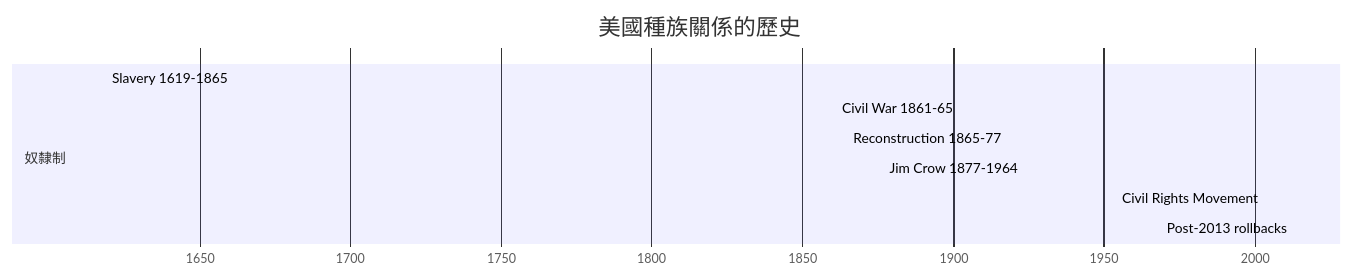
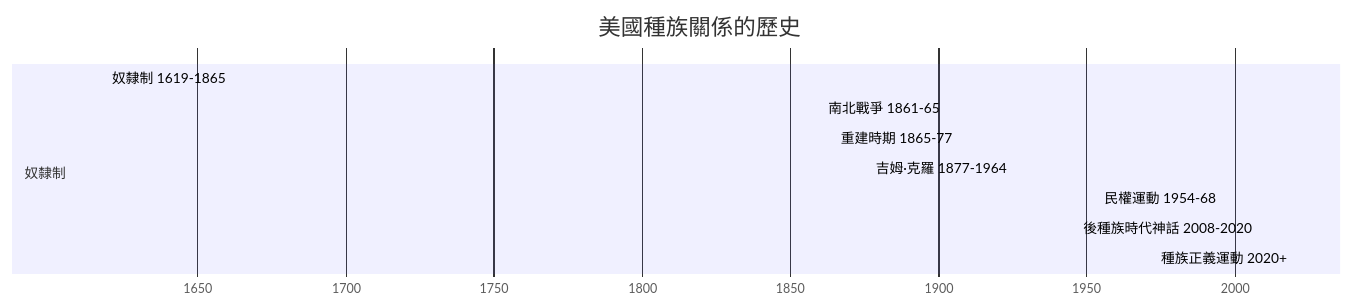
The fourth of 5 diagrams in 01_HKU_Courses/HIST1025_Introduction_to_the_United_States.md (yip-lgtm/HKU-Harvard-History-Self-Study), drawn with Mermaid before and after one commit. The commit also changed other lines of this file and 22 other files, not shown here.

````diff
--- a/01_HKU_Courses/HIST1025_Introduction_to_the_United_States.md
+++ b/01_HKU_Courses/HIST1025_Introduction_to_the_United_States.md
@@ -112,14 +396,15 @@
 ```mermaid
 gantt
     title 美國種族關係的歷史
     dateFormat YYYY
     axisFormat %Y
     
     section 奴隸制
-    Slavery 1619-1865         :active1, 1619, 246年
-    Civil War 1861-65          :active2, 1861, 4年
-    Reconstruction 1865-77     :active3, 1865, 12年
-    Jim Crow 1877-1964         :active4, 1877, 87年
-    Civil Rights Movement      :active5, 1954, 14年
-    Post-2013 rollbacks        :active6, 2013, 12年
+    奴隸制 1619-1865         :active1, 1619, 246年
+    南北戰爭 1861-65          :active2, 1861, 4年
+    重建時期 1865-77     :active3, 1865, 12年
+    吉姆·克羅 1877-1964         :active4, 1877, 87年
+    民權運動 1954-68         :active5, 1954, 14年
+    後種族時代神話 2008-2020        :active6, 2008, 12年
+    種族正義運動 2020+       :active7, 2020, 2030年
 ```
````
